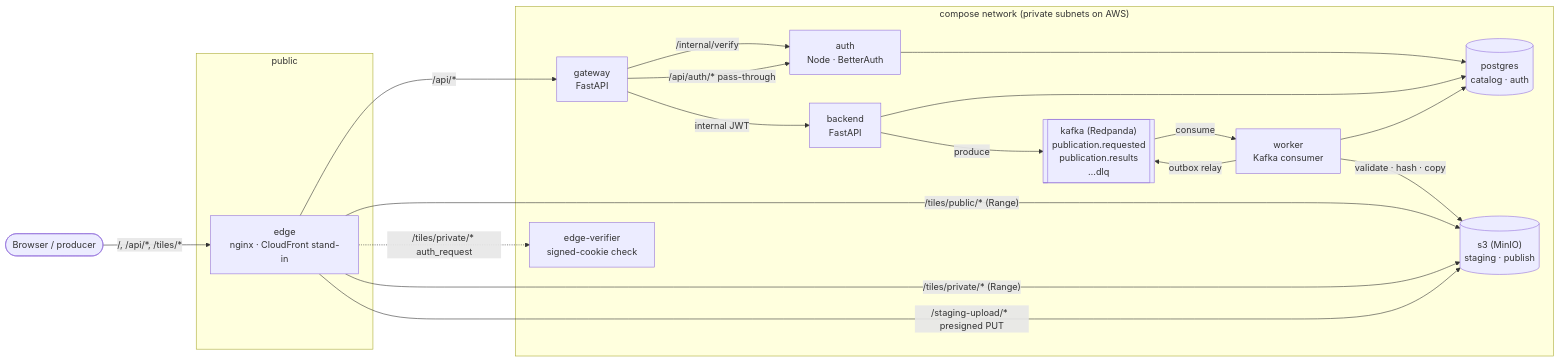
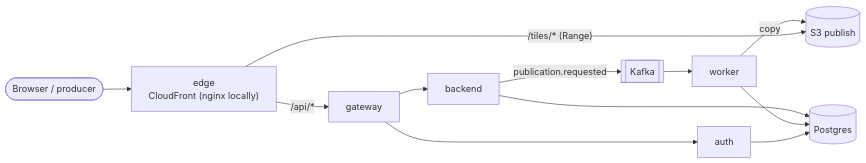
Before and after one commit to ArkadyBuryakov/symbiose_tech_challenge: the diagram in README.md, drawn with Mermaid. The commit also changed other lines of this file and 12 other files, not shown here.

````diff
--- a/README.md
+++ b/README.md
@@ -11,38 +30,11 @@
 ```mermaid
 flowchart LR
-    browser([Browser / producer])
-
-    subgraph edge_net["public"]
-        edge["edge<br/>nginx · CloudFront stand-in"]
-    end
-
-    subgraph private["compose network (private subnets on AWS)"]
-        gateway["gateway<br/>FastAPI"]
-        auth["auth<br/>Node · BetterAuth"]
-        backend["backend<br/>FastAPI"]
-        worker["worker<br/>Kafka consumer"]
-        verifier["edge-verifier<br/>signed-cookie check"]
-        pg[("postgres<br/>catalog · auth")]
-        kafka[["kafka (Redpanda)<br/>publication.requested<br/>publication.results<br/>…dlq"]]
-        s3[("s3 (MinIO)<br/>staging · publish")]
-    end
-
-    browser -->|"/, /api/*, /tiles/*"| edge
-    edge -->|"/api/*"| gateway
-    edge -->|"/tiles/public/*  (Range)"| s3
-    edge -.->|"/tiles/private/* auth_request"| verifier
-    edge -->|"/tiles/private/*  (Range)"| s3
-    edge -->|"/staging-upload/*  presigned PUT"| s3
-
-    gateway -->|"/internal/verify"| auth
-    gateway -->|"/api/auth/*  pass-through"| auth
-    gateway -->|"internal JWT"| backend
-
-    auth --> pg
-    backend --> pg
-    backend -->|"produce"| kafka
-    kafka -->|"consume"| worker
-    worker --> pg
-    worker -->|"validate · hash · copy"| s3
-    worker -->|"outbox relay"| kafka
+    browser([Browser / producer]) --> edge["edge<br/>CloudFront (nginx locally)"]
+    edge -->|"/api/*"| gateway --> backend
+    gateway --> auth
+    backend -->|publication.requested| kafka[[Kafka]]
+    kafka --> worker
+    worker -->|copy| s3[("S3 publish")]
+    edge -->|"/tiles/* (Range)"| s3
+    backend & worker & auth --> pg[("Postgres")]
 ```
````
